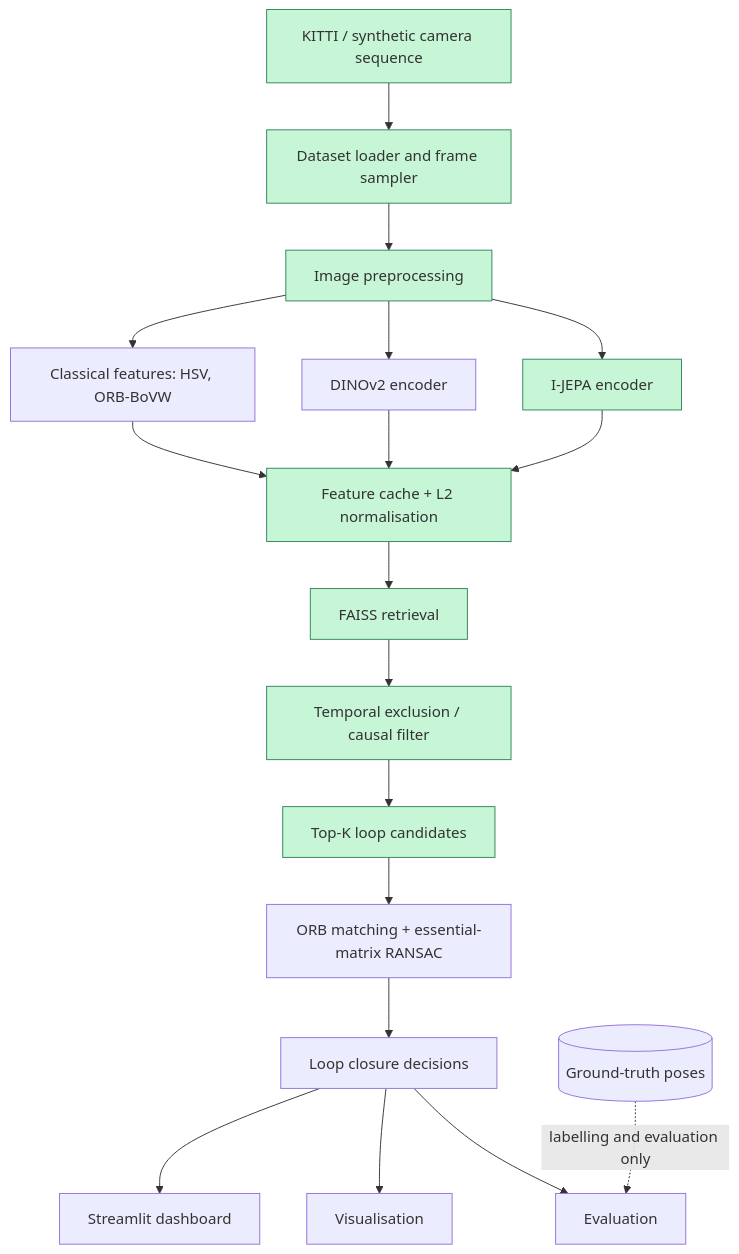
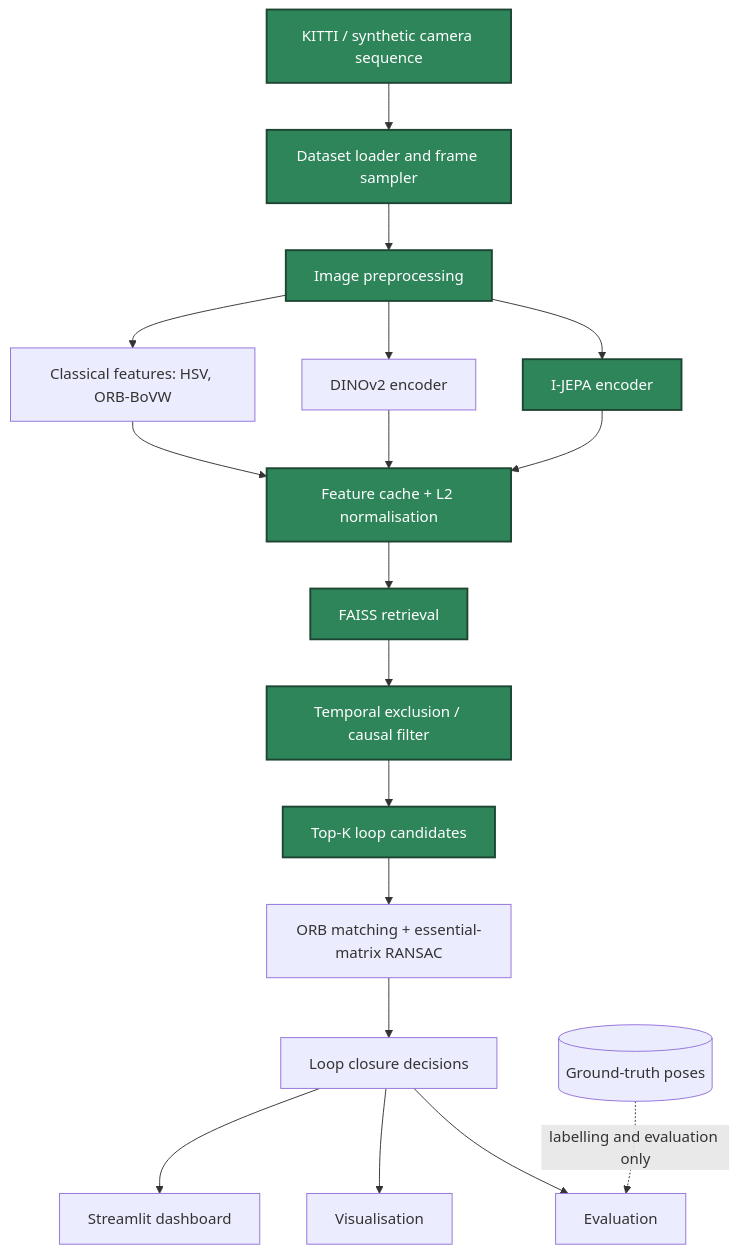
One commit to harishnr93/jepa-slam changed the first of 2 diagrams in README.md. Above: the diagram before and after it, drawn with Mermaid. The commit also changed other lines of this file, not shown here.

````diff
--- a/README.md
+++ b/README.md
@@ -57,26 +57,20 @@
 ```mermaid
 flowchart TD
     A[KITTI / synthetic camera sequence] --> B[Dataset loader and frame sampler]
     B --> C[Image preprocessing]
     C --> D1[I-JEPA encoder]
     C --> D2[DINOv2 encoder]
     C --> D3[Classical features: HSV, ORB-BoVW]
     D1 & D2 & D3 --> E[Feature cache + L2 normalisation]
     E --> F[FAISS retrieval]
     F --> G[Temporal exclusion / causal filter]
     G --> H[Top-K loop candidates]
     H --> I[ORB matching + essential-matrix RANSAC]
     I --> J[Loop closure decisions]
     J --> K1[Evaluation]
     J --> K2[Visualisation]
     J --> K3[Streamlit dashboard]
     GT[(Ground-truth poses)] -. labelling and evaluation only .-> K1
-    style B fill:#c6f6d5,stroke:#2f855a
-    style A fill:#c6f6d5,stroke:#2f855a
-    style C fill:#c6f6d5,stroke:#2f855a
-    style D1 fill:#c6f6d5,stroke:#2f855a
-    style E fill:#c6f6d5,stroke:#2f855a
-    style F fill:#c6f6d5,stroke:#2f855a
-    style G fill:#c6f6d5,stroke:#2f855a
-    style H fill:#c6f6d5,stroke:#2f855a
+    classDef done fill:#2f855a,stroke:#1c4532,color:#ffffff,stroke-width:2px
+    class A,B,C,D1,E,F,G,H done
 ```
````
